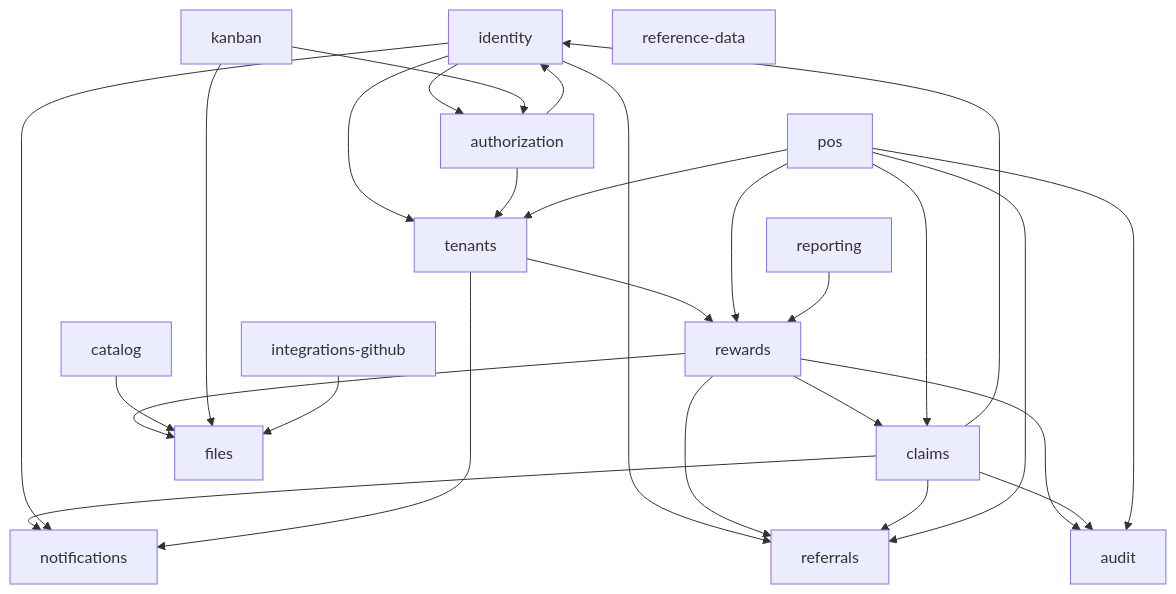
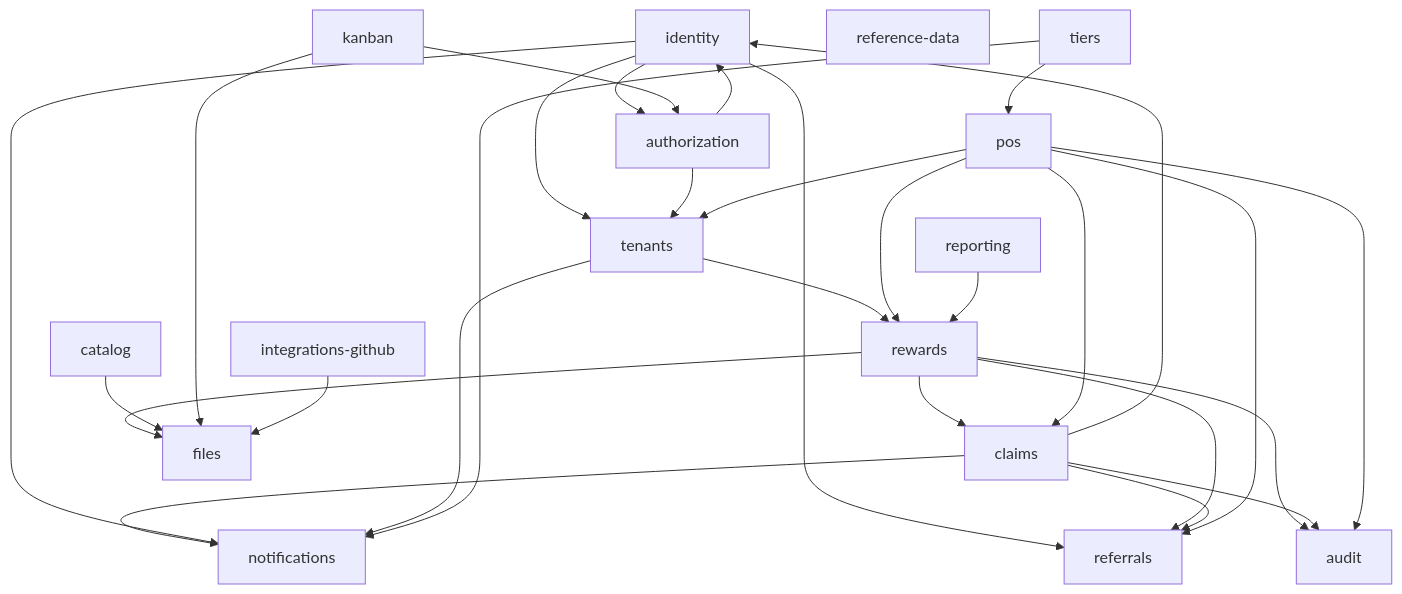
Before and after one commit to patelzz007/nestjs-nextjs-turborepo-starter-kit: the diagram in docs/architecture/context-map.md, drawn with Mermaid. The commit also changed other lines of this file and 304 other files, not shown here.

````diff
--- a/docs/architecture/context-map.md
+++ b/docs/architecture/context-map.md
@@ -18,45 +18,48 @@
 ```mermaid
 flowchart TD
   identity[identity]
   authorization[authorization]
   tenants[tenants]
   rewards[rewards]
   claims[claims]
   pos[pos]
   referrals[referrals]
   reporting[reporting]
   files[files]
   notifications[notifications]
   catalog[catalog]
   kanban[kanban]
   referenceData[reference-data]
   audit[audit]
   github[integrations-github]
+  tiers[tiers]
 
   identity --> authorization
   identity --> tenants
   identity --> referrals
   authorization --> identity
   authorization --> tenants
   tenants --> rewards
   rewards --> claims
   rewards --> files
   rewards --> referrals
   claims --> notifications
   claims --> referrals
   claims --> identity
   pos --> claims
   pos --> referrals
   pos --> tenants
   pos --> rewards
   reporting --> rewards
   catalog --> files
   kanban --> files
   kanban --> authorization
   github --> files
   identity --> notifications
   tenants --> notifications
   rewards --> audit
   claims --> audit
   pos --> audit
+  tiers --> pos
+  tiers --> notifications
 ```
````
